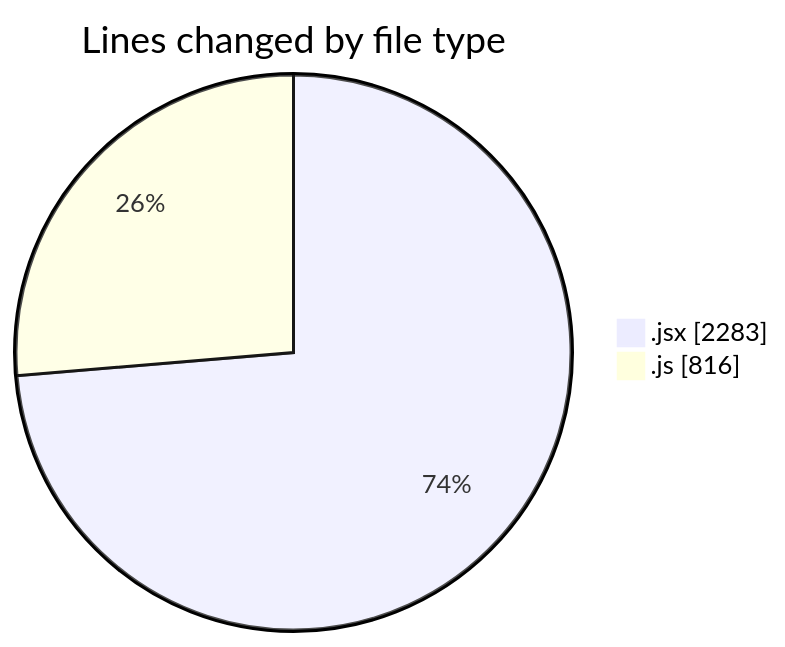
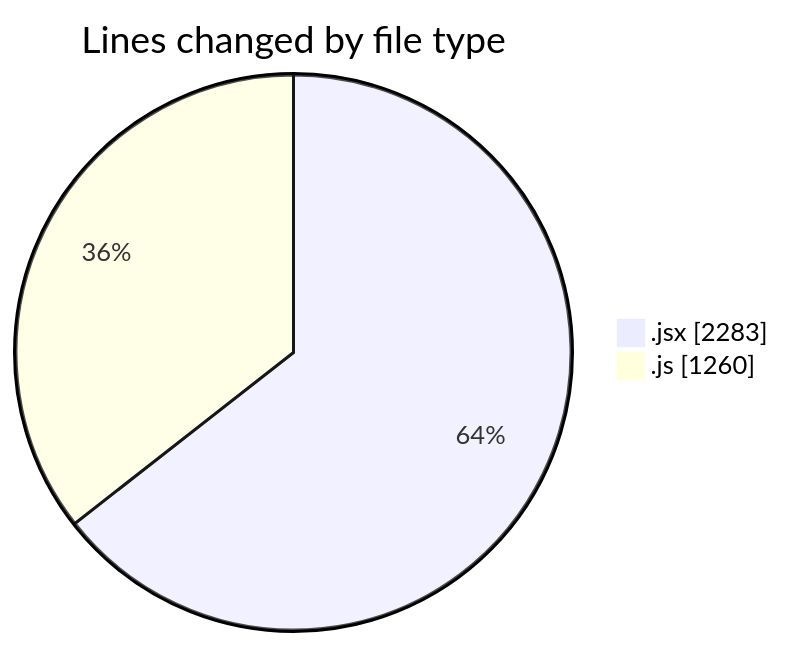
The first of 2 diagrams in 2025-11-13/argos/README.md (nxtqubesakshisongat/code-tracking), drawn with Mermaid before and after one commit. The commit also changed other lines of this file and 1 other file, not shown here.

````diff
--- a/2025-11-13/argos/README.md
+++ b/2025-11-13/argos/README.md
@@ -32,6 +33,6 @@
 ```mermaid
 pie showData
 title Lines changed by file type
 ".jsx" : 2283
-".js" : 816
+".js" : 1260
 ```
````
